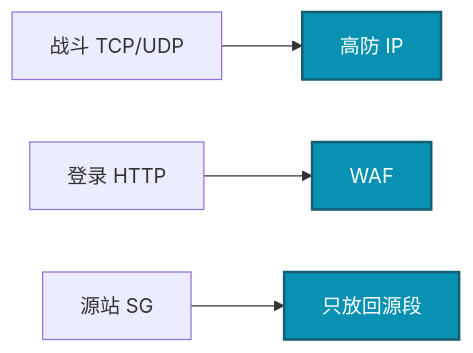
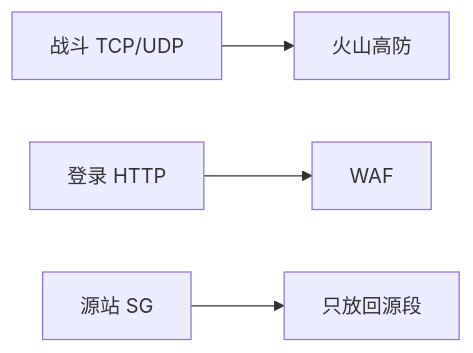
Before and after one commit to ml-cuizijun/LearnToLilith: the fifth of 6 diagrams in 06-云平台/08-火山引擎生产/练习题.md, drawn with Mermaid. The commit also changed other lines of this file and 470 other files, not shown here.

````diff
--- a/06-云平台/08-火山引擎生产/练习题.md
+++ b/06-云平台/08-火山引擎生产/练习题.md
@@ -258,8 +310,6 @@
 ```mermaid
 flowchart LR
-    t[战斗 TCP/UDP] --> gf[高防 IP]
-    h[登录 HTTP] --> waf[WAF]
-    sg[源站 SG] --> src[只放回源段]
-    classDef e fill:#0891B2,stroke:#155E75,stroke-width:2px,color:#fff
-    class gf,waf,src e
+    t["战斗 TCP/UDP"] --> gf["火山高防"]
+    h["登录 HTTP"] --> waf["WAF"]
+    sg["源站 SG"] --> src["只放回源段"]
 ```
````
